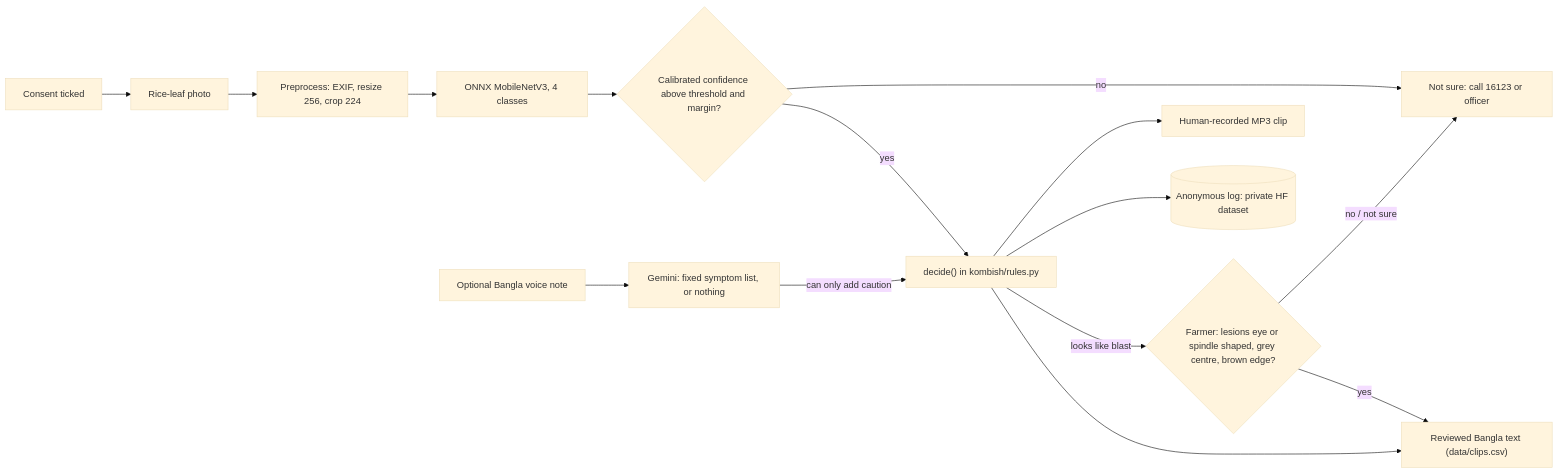
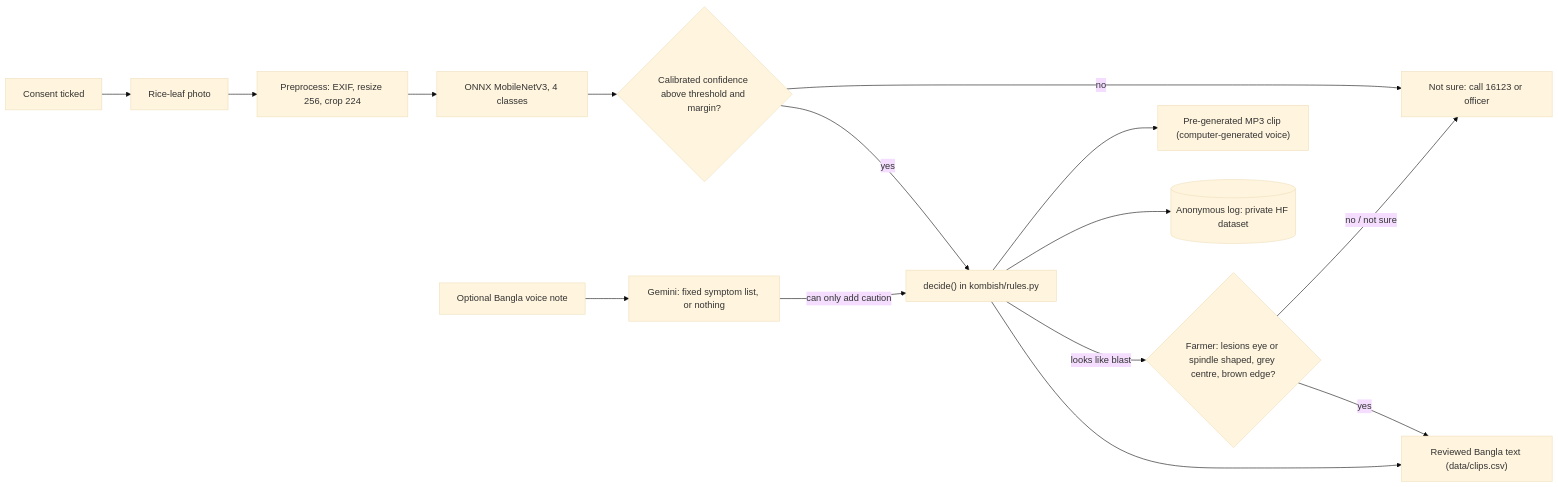
One commit to Raiyan465-F1/kom-bish changed the diagram in README.md. Above: the diagram before and after it, drawn with Mermaid (base theme). The commit also changed other lines of this file and 19 other files, not shown here.

First line of the commit message:
Bangla review sheet, one-reviewer rule, computer-generated audio clips

````diff
--- a/README.md
+++ b/README.md
@@ -86,17 +86,17 @@
 ```mermaid
 flowchart LR
   A["Consent ticked"] --> B["Rice-leaf photo"]
   B --> C["Preprocess: EXIF, resize 256, crop 224"]
   C --> D["ONNX MobileNetV3, 4 classes"]
   D --> E{"Calibrated confidence above threshold and margin?"}
   E -- "no" --> R5["Not sure: call 16123 or officer"]
   E -- "yes" --> F["decide() in kombish/rules.py"]
   F -- "looks like blast" --> Q{"Farmer: lesions eye or spindle shaped, grey centre, brown edge?"}
   Q -- "no / not sure" --> R5
   Q -- "yes" --> H
   V["Optional Bangla voice note"] --> G["Gemini: fixed symptom list, or nothing"]
   G -- "can only add caution" --> F
   F --> H["Reviewed Bangla text (data/clips.csv)"]
-  F --> I["Human-recorded MP3 clip"]
+  F --> I["Pre-generated MP3 clip (computer-generated voice)"]
   F --> L[("Anonymous log: private HF dataset")]
 ```
````
